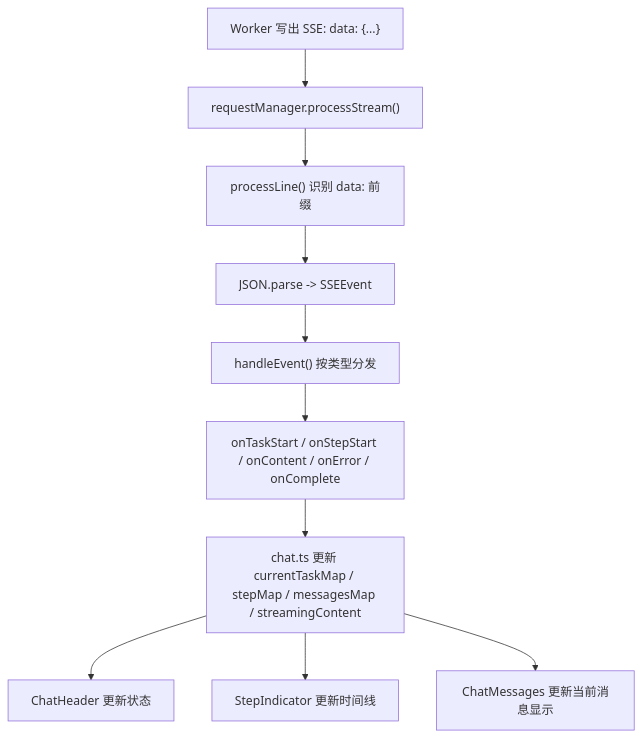
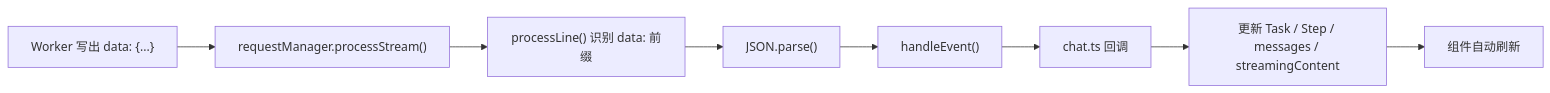
Before and after one commit to dandan812/ai-tool-chat: the second of 2 diagrams in docs/frontend-learning-guide.md, drawn with Mermaid. The commit also changed other lines of this file, not shown here.

````diff
--- a/docs/frontend-learning-guide.md
+++ b/docs/frontend-learning-guide.md
@@ -755,12 +365,10 @@
 ```mermaid
-flowchart TD
-  A["Worker 写出 SSE: data: {...}"] --> B["requestManager.processStream()"]
+flowchart LR
+  A["Worker 写出 data: {...}"] --> B["requestManager.processStream()"]
   B --> C["processLine() 识别 data: 前缀"]
-  C --> D["JSON.parse -> SSEEvent"]
-  D --> E["handleEvent() 按类型分发"]
-  E --> F["onTaskStart / onStepStart / onContent / onError / onComplete"]
-  F --> G["chat.ts 更新 currentTaskMap / stepMap / messagesMap / streamingContent"]
-  G --> H["ChatHeader 更新状态"]
-  G --> I["StepIndicator 更新时间线"]
-  G --> J["ChatMessages 更新当前消息显示"]
+  C --> D["JSON.parse()"]
+  D --> E["handleEvent()"]
+  E --> F["chat.ts 回调"]
+  F --> G["更新 Task / Step / messages / streamingContent"]
+  G --> H["组件自动刷新"]
 ```
````
